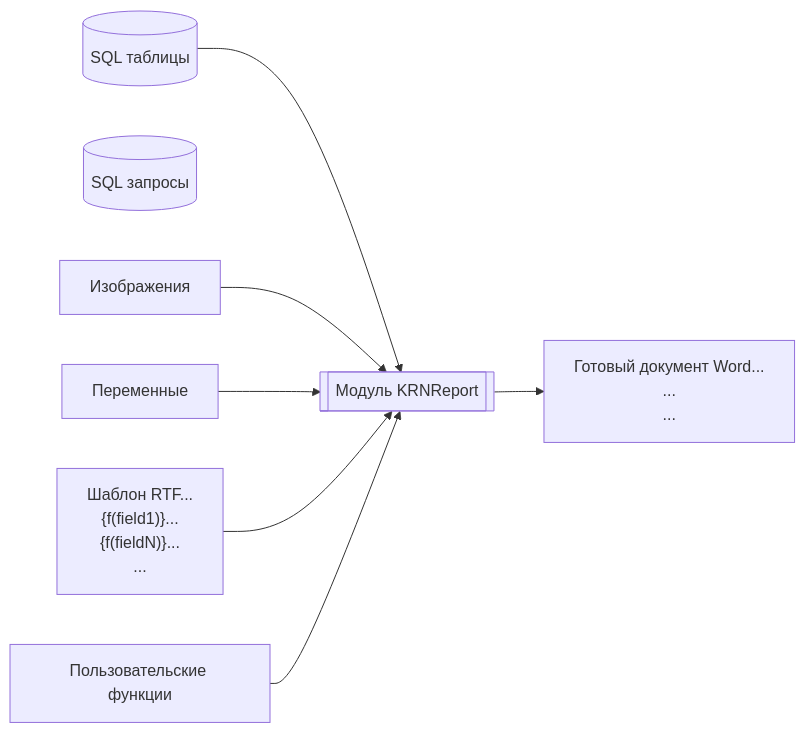
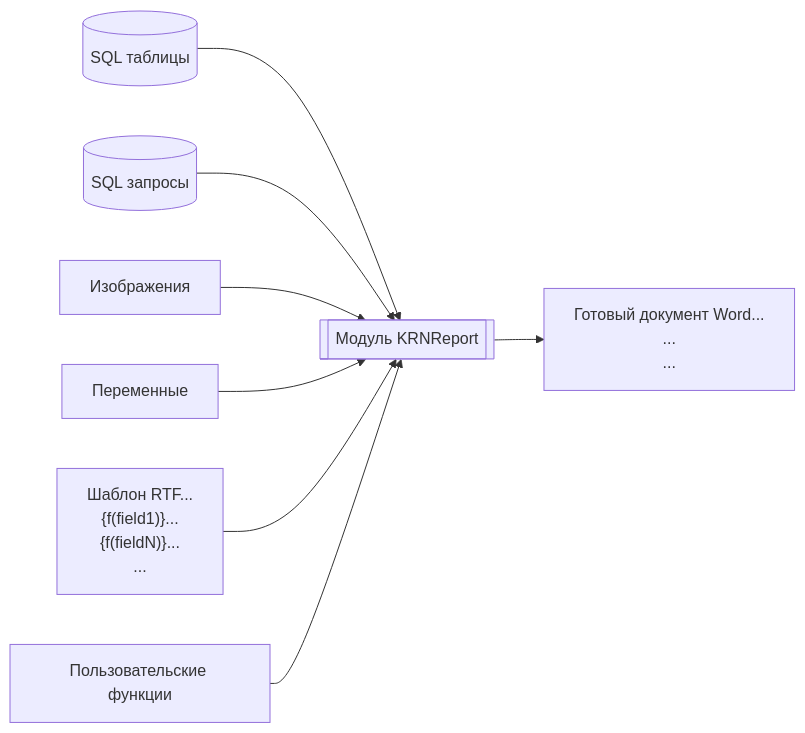
One commit to VASilaev/rtfreport changed the diagram in README.md. Above: the diagram before and after it, drawn with Mermaid. The commit also changed other lines of this file and 18 other files, not shown here.

````diff
--- a/README.md
+++ b/README.md
@@ -14,25 +14,26 @@
 ```mermaid
 %%{init: {"flowchart": {"htmlLabels": false}} }%%
 flowchart LR
     sqltable[("SQL таблицы")]
     sqlquery[("SQL запросы")]
     image["Изображения"]
     variable["Переменные"]
     RTF["Шаблон RTF...
     {f(field1)}...
     {f(fieldN)}...
     ..."]
     KRNReport[["Модуль KRNReport"]]
     Document["Готовый документ Word...
     ...
     ..."]
     UserProc["Пользовательские функции"]
 
     sqltable --> KRNReport
+    sqlquery --> KRNReport
     image --> KRNReport
     variable --> KRNReport
     RTF --> KRNReport
     UserProc --> KRNReport
     KRNReport --> Document
 
 ```
````
